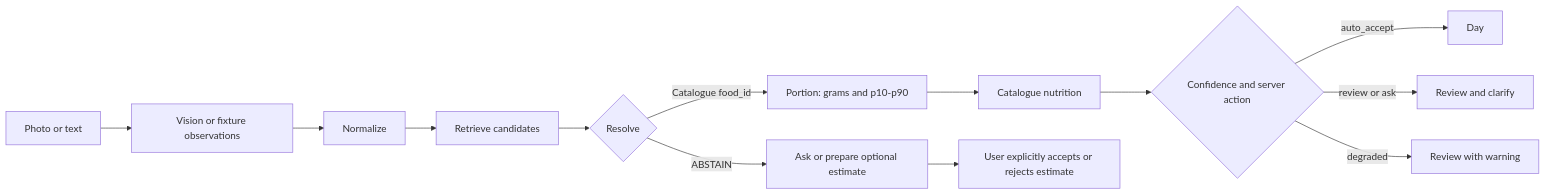
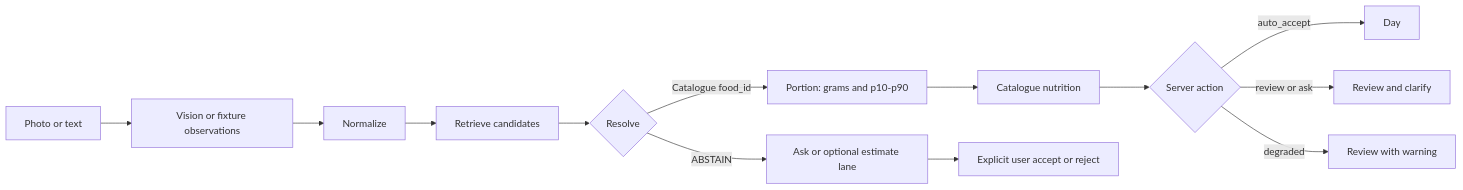
One commit to zexy2/mealog-case-study changed the diagram in README.md. Above: the diagram before and after it, drawn with Mermaid. The commit also changed other lines of this file and 1 other file, not shown here.

````diff
--- a/README.md
+++ b/README.md
@@ -233,15 +197,15 @@
 ```mermaid
 flowchart LR
     A[Photo or text] --> B[Vision or fixture observations]
     B --> C[Normalize]
     C --> D[Retrieve candidates]
     D --> E{Resolve}
-    E -->|ABSTAIN| K[Ask or prepare optional estimate]
     E -->|Catalogue food_id| F[Portion: grams and p10-p90]
+    E -->|ABSTAIN| K[Ask or optional estimate lane]
     F --> G[Catalogue nutrition]
-    G --> H{Confidence and server action}
+    G --> H{Server action}
     H -->|auto_accept| I[Day]
     H -->|review or ask| J[Review and clarify]
     H -->|degraded| L[Review with warning]
-    K --> M[User explicitly accepts or rejects estimate]
+    K --> M[Explicit user accept or reject]
 ```
````
